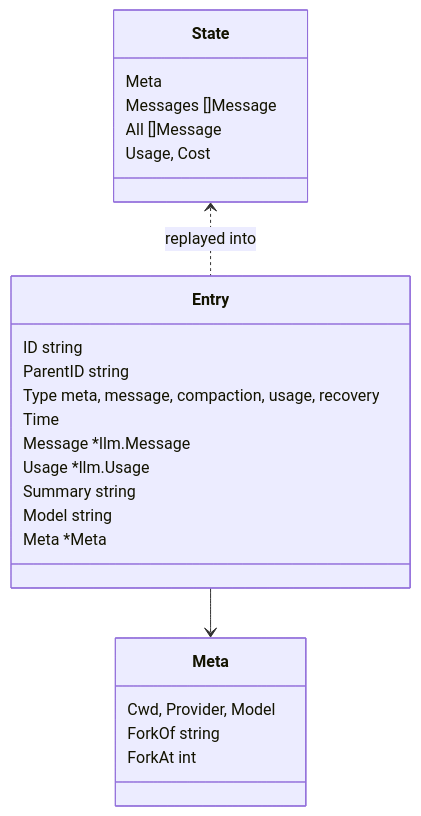
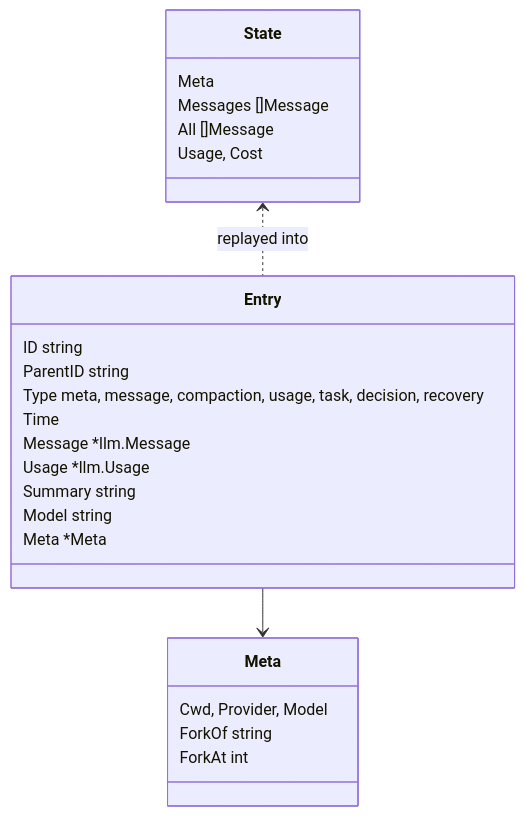
The first of 4 diagrams in docs/state-and-persistence.md (vwibowo/larik), drawn with Mermaid before and after one commit. The commit also changed other lines of this file and 30 other files, not shown here.

````diff
--- a/docs/state-and-persistence.md
+++ b/docs/state-and-persistence.md
@@ -26,27 +26,27 @@
 ```mermaid
 classDiagram
     class Entry {
         ID string
         ParentID string
-        Type meta, message, compaction, usage, recovery
+        Type meta, message, compaction, usage, task, decision, recovery
         Time
         Message *llm.Message
         Usage *llm.Usage
         Summary string
         Model string
         Meta *Meta
     }
     class Meta {
         Cwd, Provider, Model
         ForkOf string
         ForkAt int
     }
     class State {
         Meta
         Messages []Message
         All []Message
         Usage, Cost
     }
     Entry --> Meta
     State <.. Entry : replayed into
 ```
````
